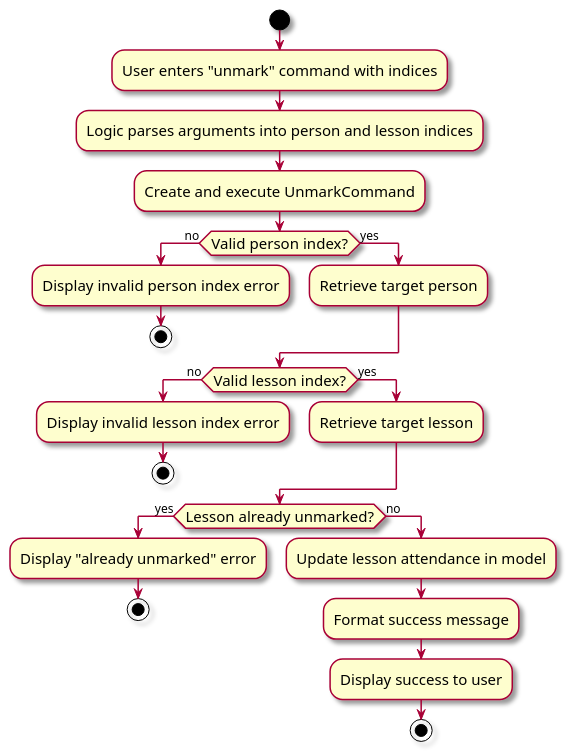
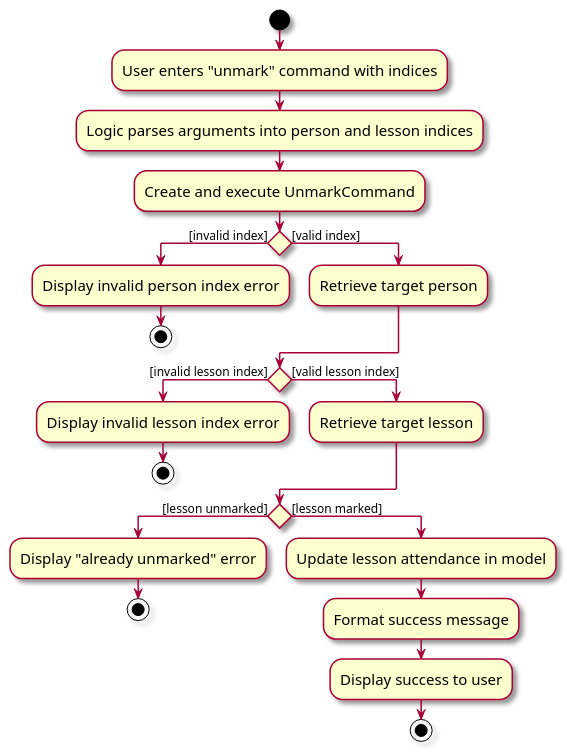
The diagram in docs/diagrams/UnmarkCommandActivityDiagram.puml (tonyvict/tp), drawn with PlantUML before and after one commit. The commit also changed 8 other files, not shown here.

Commit message:
Update activity diagrams

```diff
--- a/docs/diagrams/UnmarkCommandActivityDiagram.puml
+++ b/docs/diagrams/UnmarkCommandActivityDiagram.puml
@@ -1,30 +1,30 @@
 @startuml
 skin rose
 skinparam ActivityFontSize 15
 skinparam ArrowFontSize 12
 start
 :User enters "unmark" command with indices;
 :Logic parses arguments into person and lesson indices;
 :Create and execute UnmarkCommand;
-if (Valid person index?) then (no)
+if () then ([invalid index])
   :Display invalid person index error;
   stop
-else (yes)
+else ([valid index])
   :Retrieve target person;
 endif
-if (Valid lesson index?) then (no)
+if () then ([invalid lesson index])
   :Display invalid lesson index error;
   stop
-else (yes)
+else ([valid lesson index])
   :Retrieve target lesson;
 endif
-if (Lesson already unmarked?) then (yes)
+if () then ([lesson unmarked])
   :Display "already unmarked" error;
   stop
-else (no)
+else ([lesson marked])
   :Update lesson attendance in model;
   :Format success message;
   :Display success to user;
   stop
 endif
 @enduml
```
